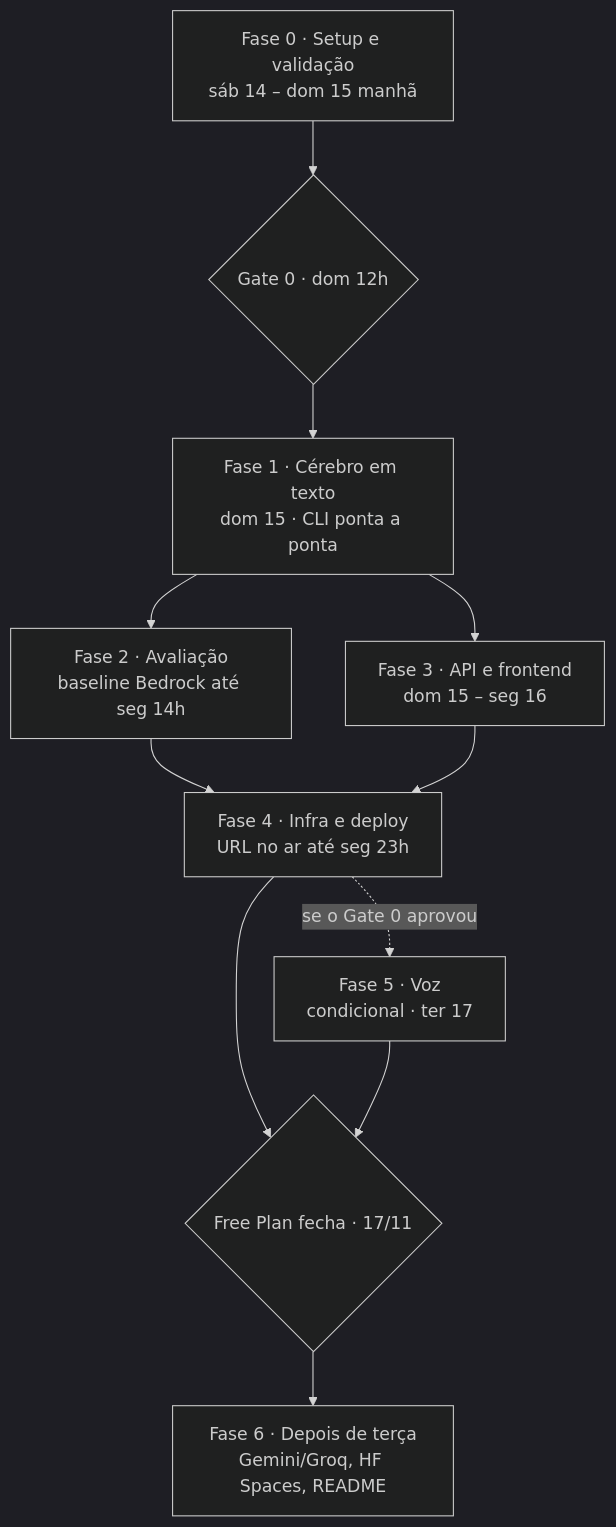
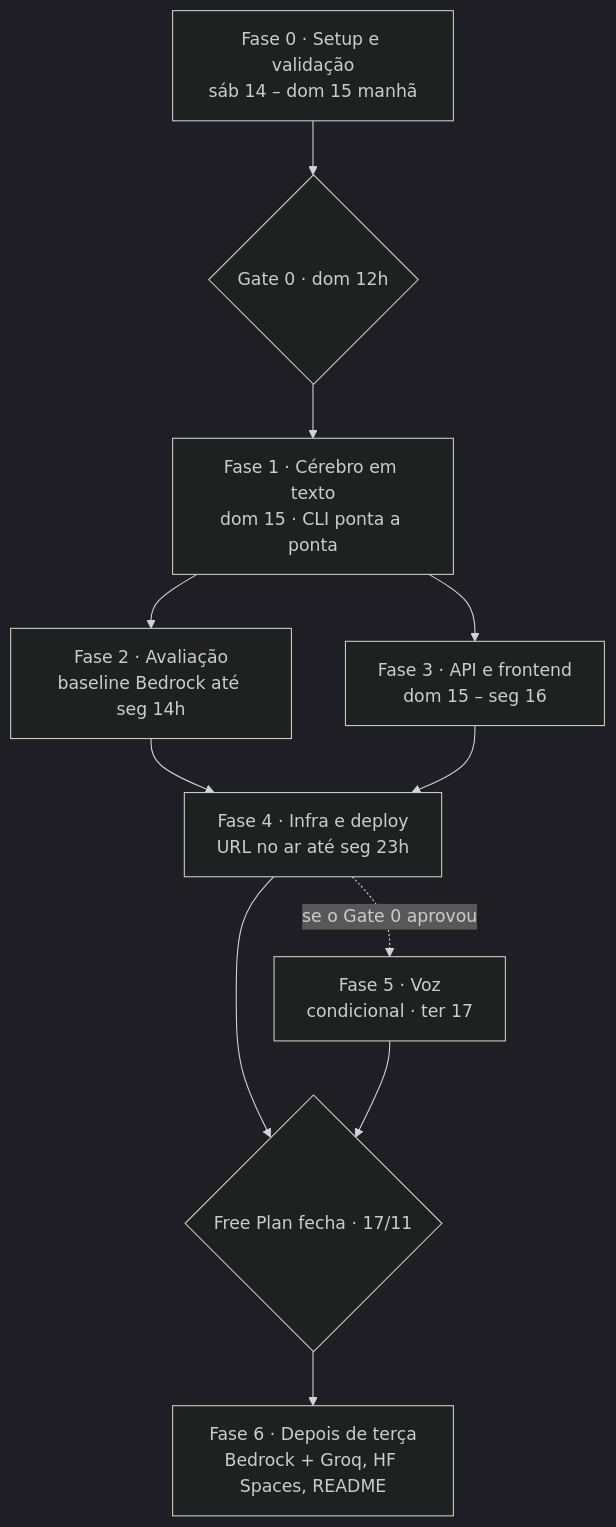
Before and after one commit to nemofromdreamland/mia: the diagram in docs/IMPLEMENTATION_PLAN.md, drawn with Mermaid (dark theme). The commit also changed other lines of this file and 2 other files, not shown here.

Commit message:
docs: keep Bedrock (Claude Haiku) as main provider after Tuesday, Gemini only for comparison

````diff
--- a/docs/IMPLEMENTATION_PLAN.md
+++ b/docs/IMPLEMENTATION_PLAN.md
@@ -36,13 +36,13 @@
 ```mermaid
 flowchart TD
     F0["Fase 0 · Setup e validação<br/>sáb 14 – dom 15 manhã"] --> G0{"Gate 0 · dom 12h"}
     G0 --> F1["Fase 1 · Cérebro em texto<br/>dom 15 · CLI ponta a ponta"]
     F1 --> F2["Fase 2 · Avaliação<br/>baseline Bedrock até seg 14h"]
     F1 --> F3["Fase 3 · API e frontend<br/>dom 15 – seg 16"]
     F2 --> F4["Fase 4 · Infra e deploy<br/>URL no ar até seg 23h"]
     F3 --> F4
     F4 --> GF{"Free Plan fecha · 17/11"}
     F4 -. "se o Gate 0 aprovou" .-> F5["Fase 5 · Voz<br/>condicional · ter 17"]
     F5 --> GF
-    GF --> F6["Fase 6 · Depois de terça<br/>Gemini/Groq, HF Spaces, README"]
+    GF --> F6["Fase 6 · Depois de terça<br/>Bedrock + Groq, HF Spaces, README"]
 ```
````
